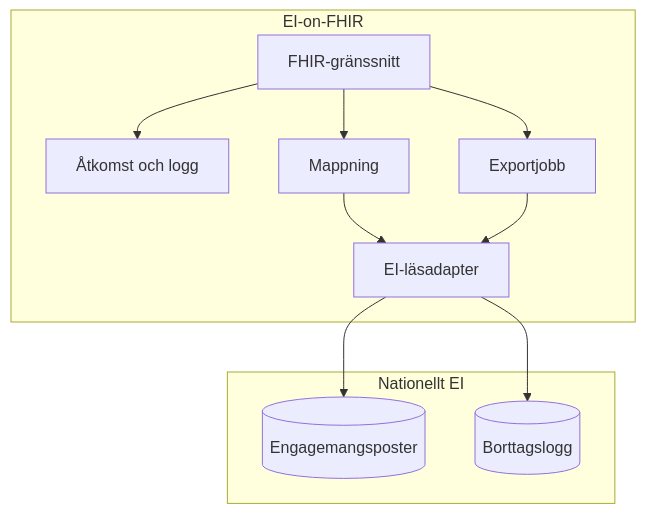
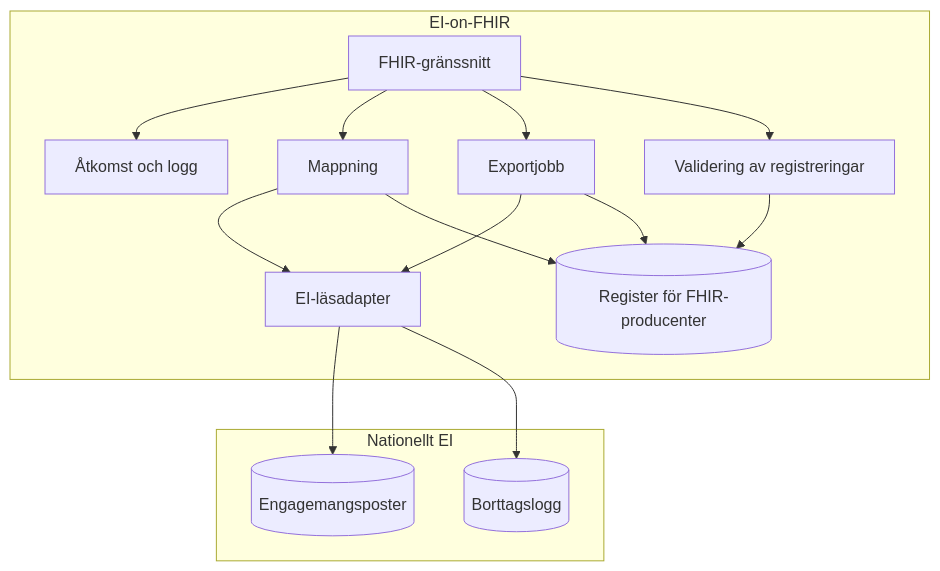
Before and after one commit to Inera-AB/EI-on-FHIR: the second of 5 diagrams in sad/ei-on-fhir-sad.md, drawn with Mermaid. The commit also changed other lines of this file and 20 other files, not shown here.

First line of the commit message:
feat: add a register for FHIR producers alongside the EI entries

````diff
--- a/sad/ei-on-fhir-sad.md
+++ b/sad/ei-on-fhir-sad.md
@@ -92,21 +104,27 @@
 ```mermaid
 flowchart TB
   subgraph APIB [EI-on-FHIR]
     FH[FHIR-gränssnitt]
     AC[Åtkomst och logg]
     MAP[Mappning]
     RD[EI-läsadapter]
+    VAL[Validering av registreringar]
     EX[Exportjobb]
+    REG[(Register för FHIR-producenter)]
   end
   subgraph EIB [Nationellt EI]
     DB[(Engagemangsposter)]
     TL[(Borttagslogg)]
   end
   FH --> AC
   FH --> MAP
   FH --> EX
   MAP --> RD
+  MAP --> REG
+  FH --> VAL
+  VAL --> REG
   EX --> RD
+  EX --> REG
   RD --> DB
   RD --> TL
 ```
````
